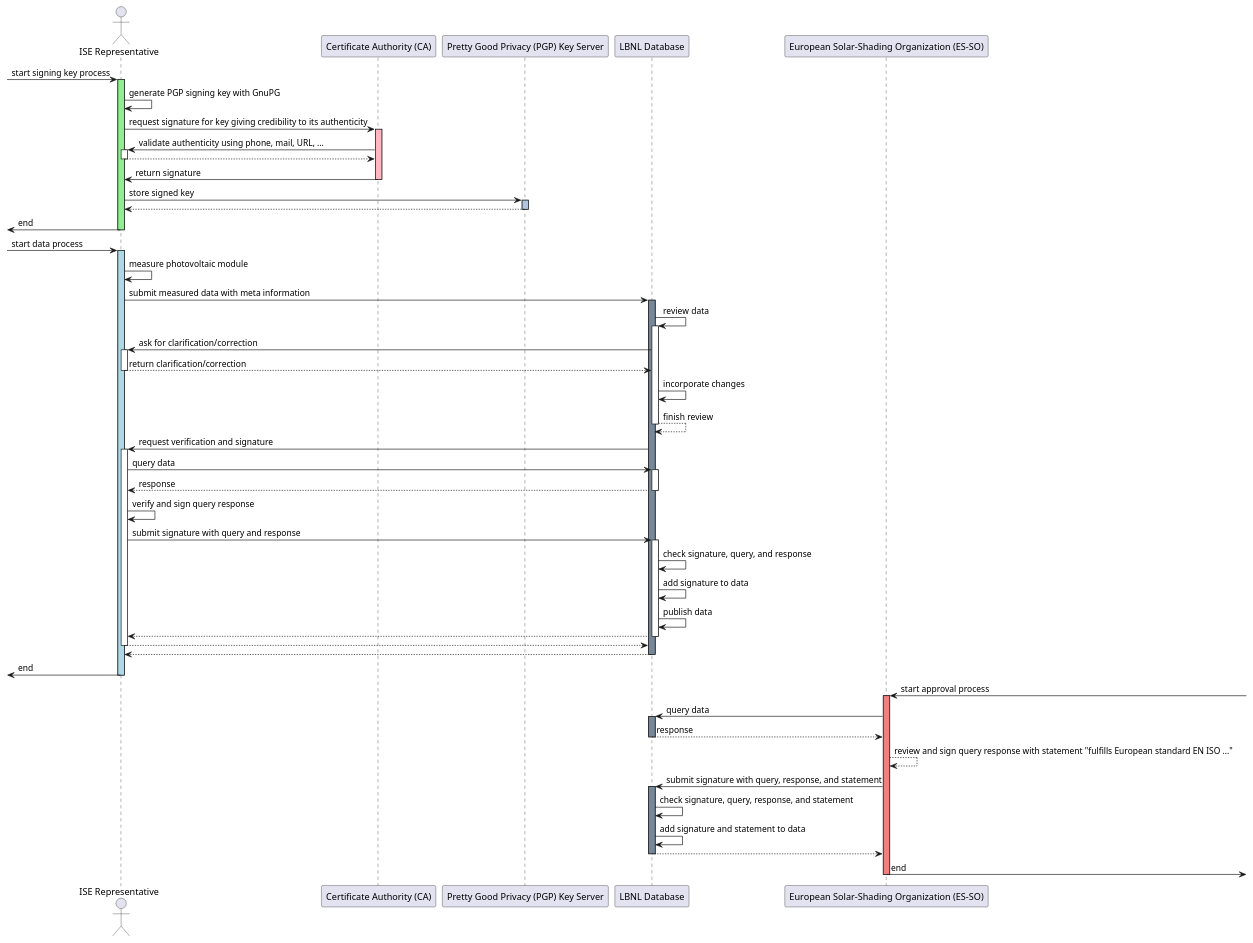
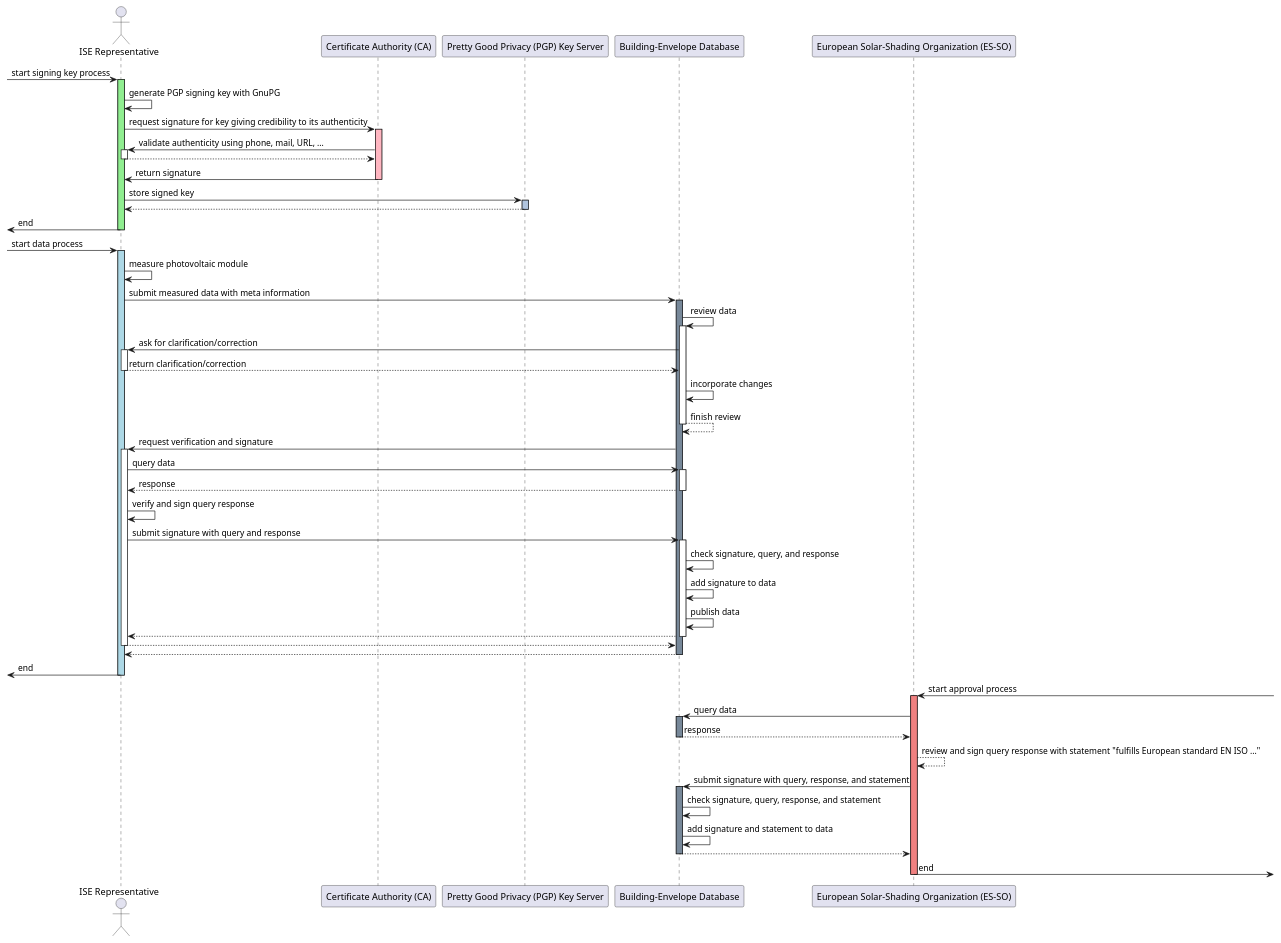
Before and after one commit to building-envelope-data/metabase: the diagram in diagrams/approvals.puml, drawn with PlantUML.

Commit message:
Do not use LBNL in example

```diff
--- a/diagrams/approvals.puml
+++ b/diagrams/approvals.puml
@@ -1,86 +1,86 @@
 @startuml "Approvals"
 
 actor "ISE Representative" as User
 participant "Certificate Authority (CA)" as CertificateAuthority
 participant "Pretty Good Privacy (PGP) Key Server" as PgpKeyServer
-participant "LBNL Database" as Database
+participant "Building-Envelope Database" as Database
 participant "European Solar-Shading Organization (ES-SO)" as Esso
 
 [-> User: start signing key process
 activate User #LightGreen
     User -> User: generate PGP signing key with GnuPG
 
     User -> CertificateAuthority: request signature for key giving credibility to its authenticity
     activate CertificateAuthority #LightPink
         CertificateAuthority -> User: validate authenticity using phone, mail, URL, ...
         activate User
         User --> CertificateAuthority
         deactivate User
     CertificateAuthority -> User: return signature
     deactivate CertificateAuthority
 
     User -> PgpKeyServer: store signed key
     activate PgpKeyServer #LightSteelBlue
     PgpKeyServer --> User
     deactivate PgpKeyServer
 [<- User: end
 deactivate User
 
 [-> User: start data process
 activate User #LightBlue
     User -> User: measure photovoltaic module
 
     User -> Database: submit measured data with meta information
     activate Database #LightSlateGray
         Database -> Database: review data
         activate Database
             Database -> User: ask for clarification/correction
             activate User
             User --> Database: return clarification/correction
             deactivate User
             Database -> Database: incorporate changes
         Database --> Database: finish review
         deactivate Database
 
         Database -> User: request verification and signature
         activate User
             User -> Database: query data
             activate Database
             Database --> User: response
             deactivate Database
 
             User -> User: verify and sign query response
 
             User -> Database: submit signature with query and response
             activate Database
                 Database -> Database: check signature, query, and response
                 Database -> Database: add signature to data
                 Database -> Database: publish data
             Database --> User
             deactivate Database
         User --> Database
         deactivate User
     Database --> User
     deactivate Database
 [<- User: end
 deactivate User
 
 Esso <-]: start approval process
 activate Esso #LightCoral
     Database <- Esso: query data
     activate Database #LightSlateGray
     Database --> Esso: response
     deactivate Database
 
     Esso --> Esso: review and sign query response with statement "fulfills European standard EN ISO ..."
 
     Database <- Esso: submit signature with query, response, and statement
     activate Database #LightSlateGray
         Database -> Database: check signature, query, response, and statement
         Database -> Database: add signature and statement to data
     Database --> Esso
     deactivate Database
 Esso ->]: end
 deactivate Esso
 
 @enduml
```
